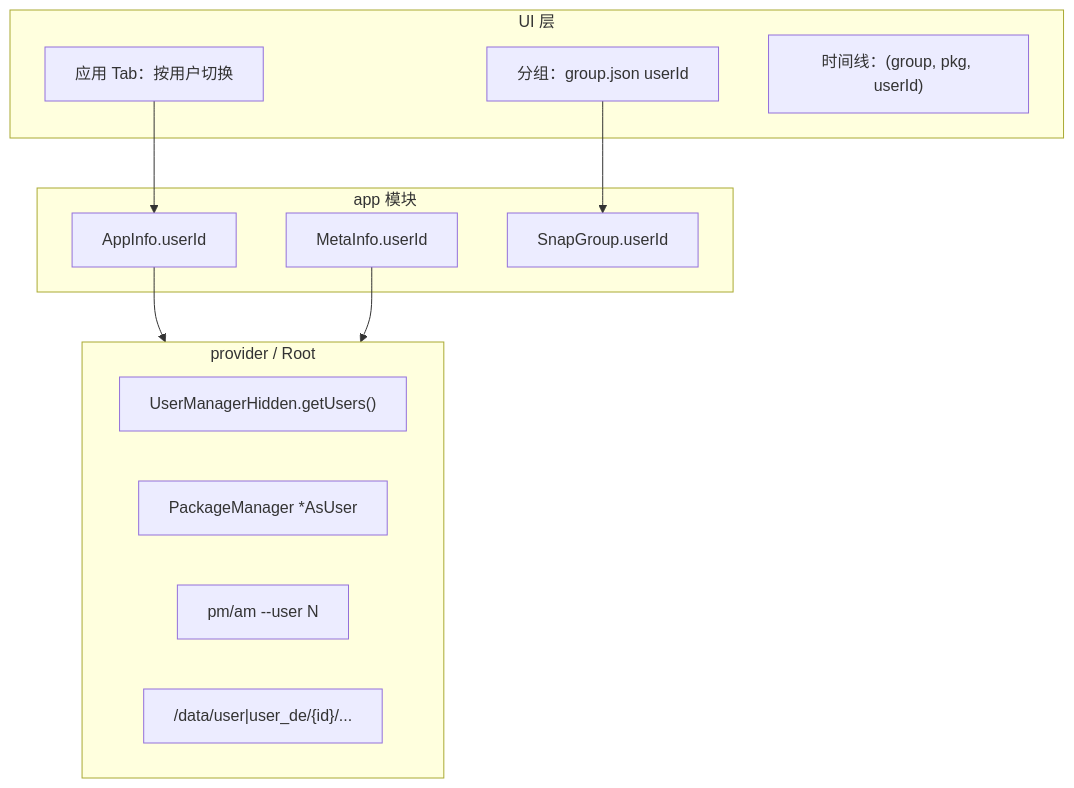
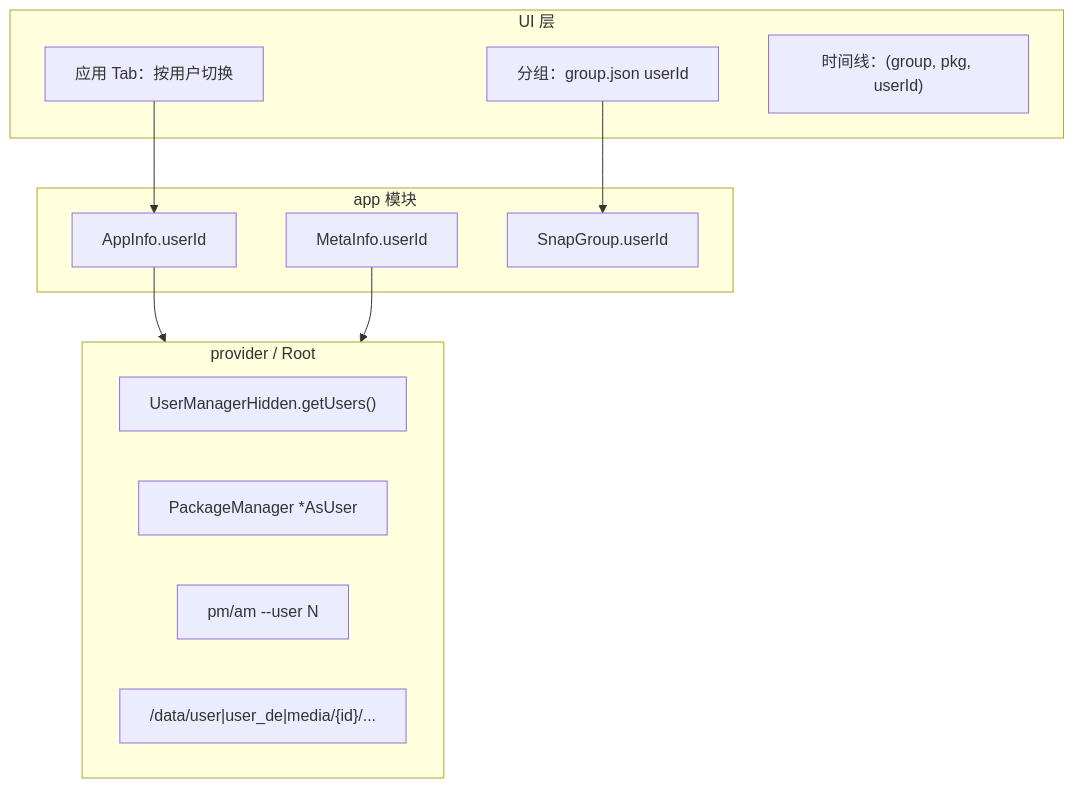
Before and after one commit to TIIEHenry/AppSnapshoter: the diagram in docs/systems/snapshot/multi-user-adaptation.md, drawn with Mermaid. The commit also changed other lines of this file, not shown here.

````diff
--- a/docs/systems/snapshot/multi-user-adaptation.md
+++ b/docs/systems/snapshot/multi-user-adaptation.md
@@ -44,26 +61,26 @@
 ```mermaid
 flowchart TB
     subgraph UI["UI 层"]
         UserTabs["应用 Tab：按用户切换"]
         GroupUser["分组：group.json userId"]
         Timeline["时间线：(group, pkg, userId)"]
     end
 
     subgraph App["app 模块"]
         AppInfo["AppInfo.userId"]
         MetaInfo["MetaInfo.userId"]
         SnapGroup["SnapGroup.userId"]
     end
 
     subgraph Provider["provider / Root"]
         UM["UserManagerHidden.getUsers()"]
         PM["PackageManager *AsUser"]
         Shell["pm/am --user N"]
-        Paths["/data/user|user_de/{id}/..."]
+        Paths["/data/user|user_de|media/{id}/..."]
     end
 
     UserTabs --> AppInfo
     GroupUser --> SnapGroup
     AppInfo --> Provider
     MetaInfo --> Provider
 ```
````
